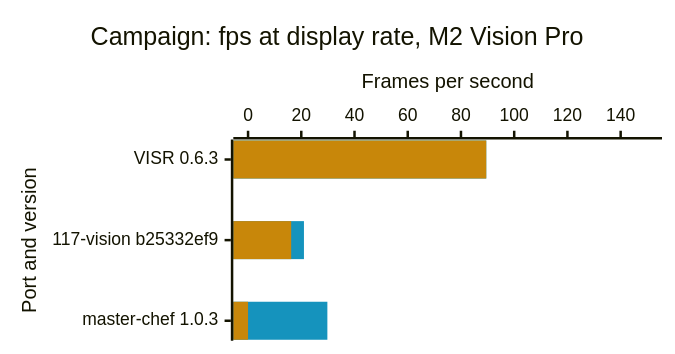
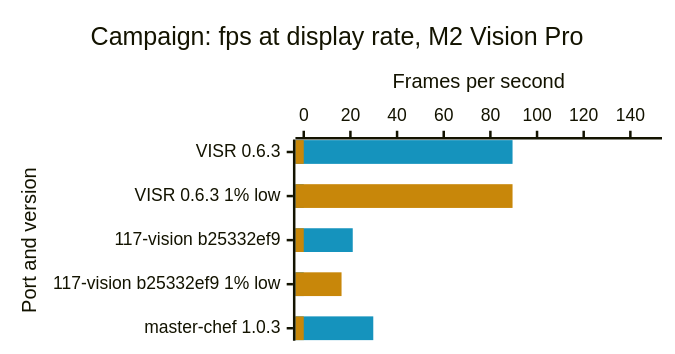
One commit to steverice/visr changed the fourth of 6 diagrams in docs/benchmarks.md. Above: the diagram before and after it, drawn with Mermaid. The commit also changed other lines of this file and 11 other files, not shown here.

First line of the commit message:
📝 docs(benchmarks): draw average and 1% low as separate adjacent bars, stop the notes joining as `.;`, and keep the On time column from wrapping — `charts.source` and `chartSource` now emit two rows per build with a value label on each bar, and a note the port already states is not repeated

````diff
--- a/docs/benchmarks.md
+++ b/docs/benchmarks.md
@@ -108,17 +108,17 @@
 ```mermaid
 ---
 config:
   xyChart:
     width: 520
     height: 263
   themeVariables:
     xyChart:
       plotColorPalette: "#1593bd, #c8870a"
 ---
 xychart-beta horizontal
     title "Campaign: fps at display rate, M2 Vision Pro"
-    x-axis "Port and version" ["VISR 0.6.3", "117-vision b25332ef9", "master-chef 1.0.3"]
+    x-axis "Port and version" ["VISR 0.6.3", "VISR 0.6.3 1% low", "117-vision b25332ef9", "117-vision b25332ef9 1% low", "master-chef 1.0.3"]
     y-axis "Frames per second" 0 --> 150
-    bar [89.5, 21, 29.8]
-    bar [89.5, 16.2, 0]
+    bar [89.5, 0, 21, 0, 29.8]
+    bar [0, 89.5, 0, 16.2, 0]
 ```
````
